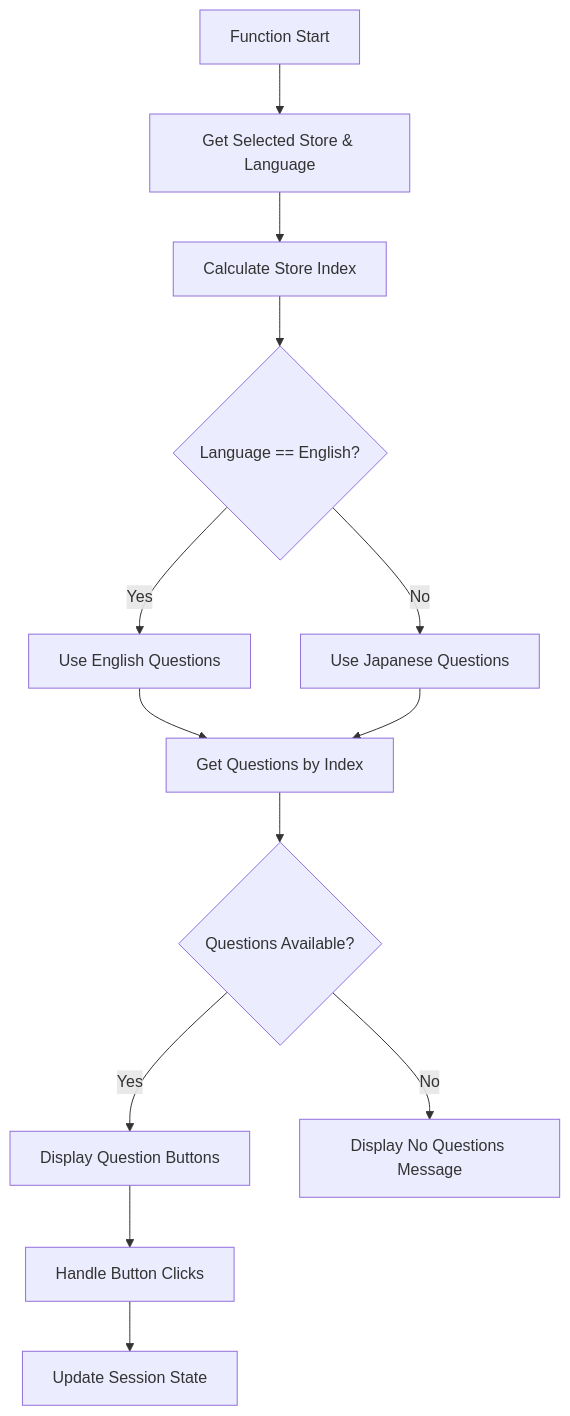
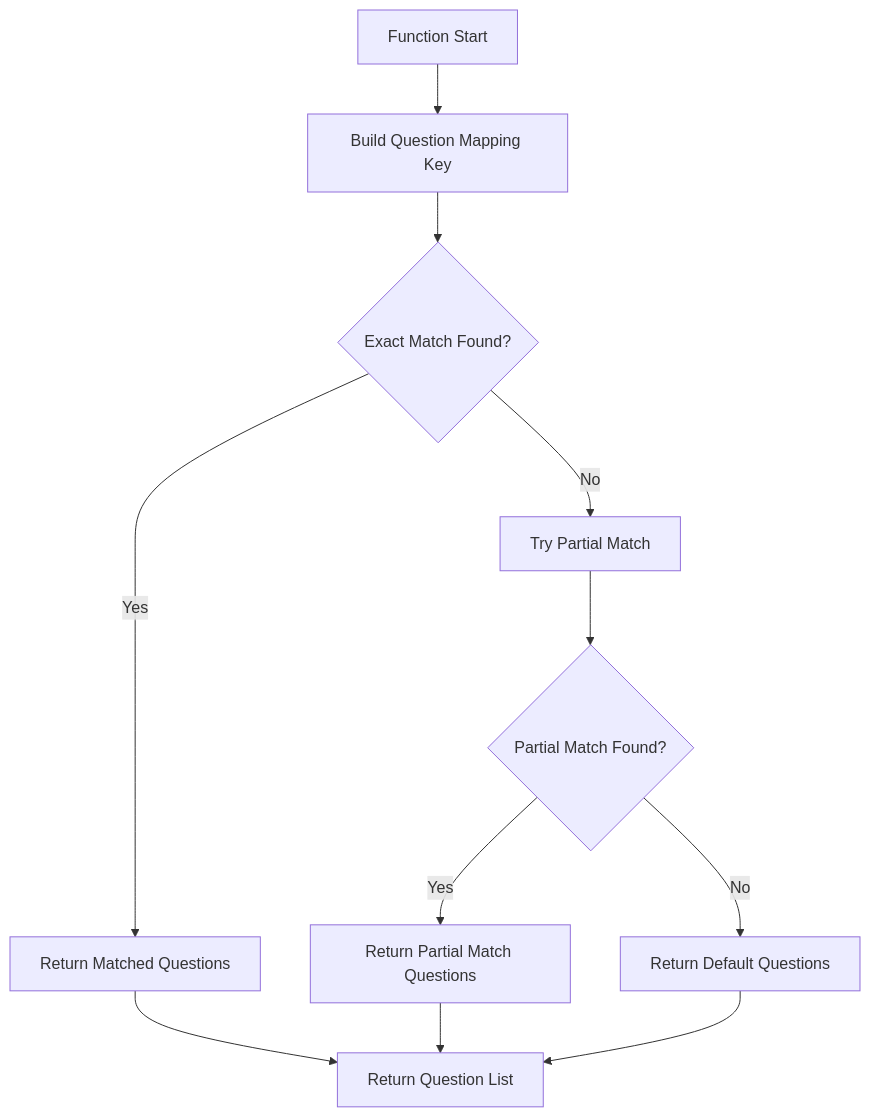
Before and after one commit to nakashima2toshio/openai_rag_app: diagram 12 of 15 in doc/a30_30_rag_search.md, drawn with Mermaid. The commit also changed other lines of this file, not shown here.

````diff
--- a/doc/a30_30_rag_search.md
+++ b/doc/a30_30_rag_search.md
@@ -492,15 +547,13 @@
 ```mermaid
 graph TD
-    A["Function Start"] --> B["Get Selected Store & Language"]
-    B --> C["Calculate Store Index"]
-    C --> D{"Language == English?"}
-    D -->|Yes| E["Use English Questions"]
-    D -->|No| F["Use Japanese Questions"]
-    E --> G["Get Questions by Index"]
-    F --> G
-    G --> H{"Questions Available?"}
-    H -->|Yes| I["Display Question Buttons"]
-    H -->|No| J["Display No Questions Message"]
-    I --> K["Handle Button Clicks"]
-    K --> L["Update Session State"]
+    A["Function Start"] --> B["Build Question Mapping Key"]
+    B --> C{"Exact Match Found?"}
+    C -->|Yes| D["Return Matched Questions"]
+    C -->|No| E["Try Partial Match"]
+    E --> F{"Partial Match Found?"}
+    F -->|Yes| G["Return Partial Match Questions"]
+    F -->|No| H["Return Default Questions"]
+    D --> I["Return Question List"]
+    G --> I
+    H --> I
 ```
````
